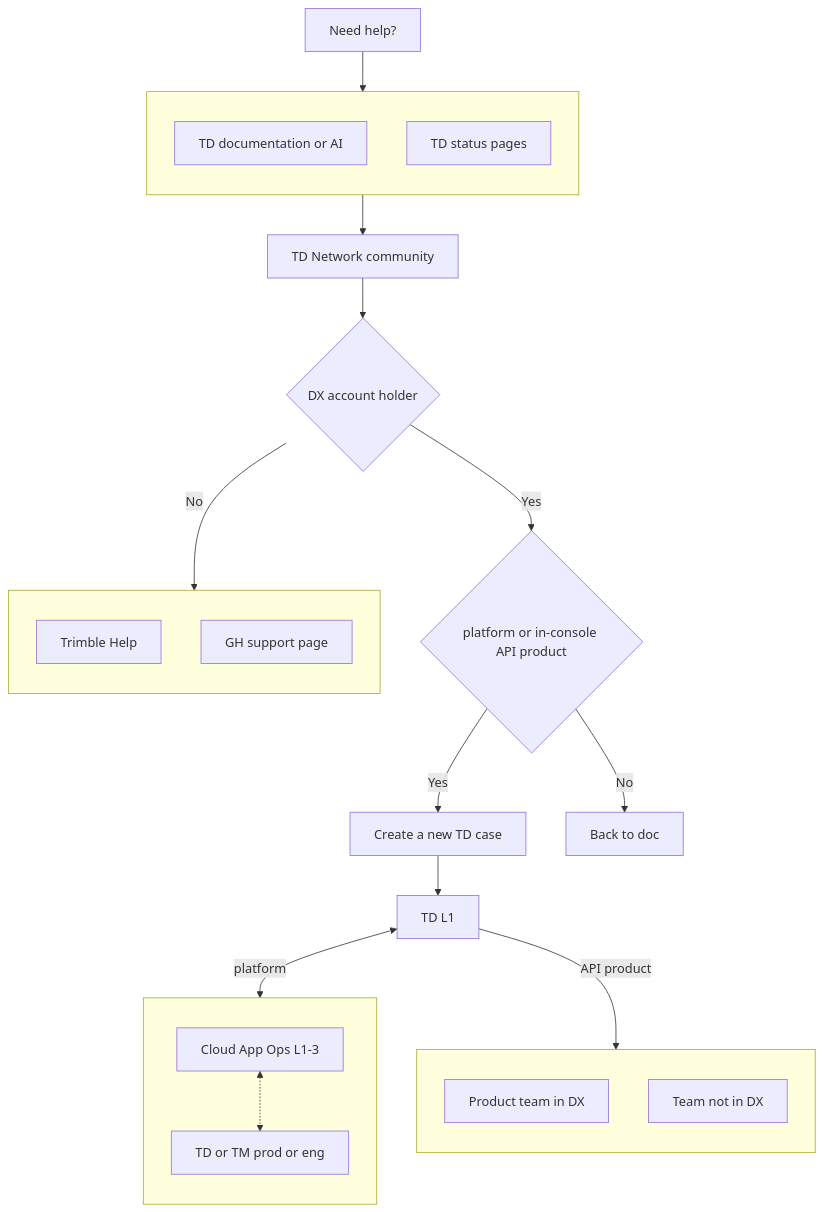
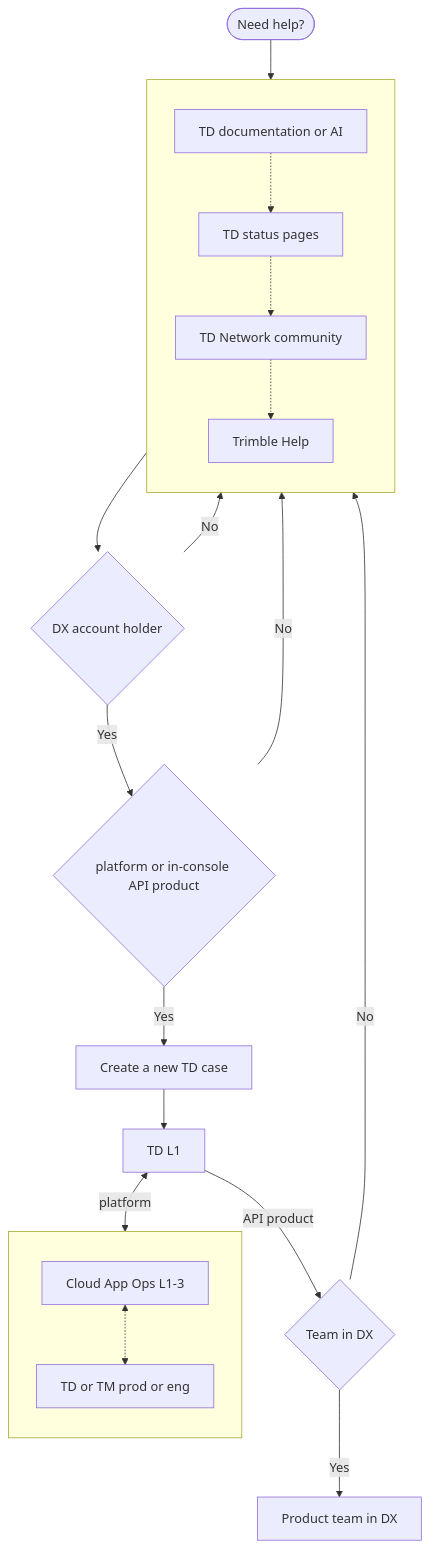
One commit to noel-tw/noel-tw.github.io changed the diagram in image/developer/help.md. Above: the diagram before and after it, drawn with Mermaid. The commit also changed 2 other files, not shown here.

````diff
--- a/image/developer/help.md
+++ b/image/developer/help.md
@@ -1,48 +1,41 @@
 ```mermaid
 flowchart TD
-	needhelp[Need help?]
+	needhelp([Need help?])
 
 	subgraph options[" "]
 		direction TB
 		documentation["TD documentation or AI"]
 		pages["TD status pages"]
+		community["TD Network community"]
+		helpportal["Trimble Help"]
+		documentation -.-> pages
+		pages -.-> community
+		community -.-> helpportal
 	end
 
-	subgraph nondx[" "]
-		direction TB
-		helpportal["Trimble Help"]
-		contact["GH support page"]
-	end
-
-	needhelp --> options
-
-	community["TD Network community"]
 	dxholder{"DX account holder"}
-
-	options --> community
-	community --> dxholder
-
-	dxholder -->|Yes| casetype{"platform or in-console API product"}
-	dxholder -->|No| nondx
-
-	casetype -->|Yes| createcase["Create a new TD case"]
-	casetype -->|No| dxback["Back to doc"]
-
-	createcase --> tdl1["TD L1"]
+	casetype{"platform or in-console API product"}
+	createcase["Create a new TD case"]
+	tdl1["TD L1"]
+	teamindx{"Team in DX"}
+	productteam["Product team in DX"]
 
 	subgraph platbranch[" "]
 		direction TB
 		cloudops["Cloud App Ops L1-3"]
 		tdmpl["TD or TM prod or eng"]
 		cloudops <-.-> tdmpl
 	end
 
-	subgraph apibranch[" "]
-		direction TB
-		productteam["Product team in DX"]
-		teamnotindx["Team not in DX"]
-	end
-
+	needhelp --> options
+	options --> dxholder
+	dxholder -->|Yes| casetype
+	dxholder -->|No| options
+	casetype -->|Yes| createcase
+	casetype -->|No| options
+	createcase --> tdl1
 	tdl1 <-->|platform| platbranch
-	tdl1 -->|API product| apibranch
+	tdl1 -->|API product| teamindx
+	teamindx -->|Yes| productteam
+	teamindx -->|No| options
 ```
````
